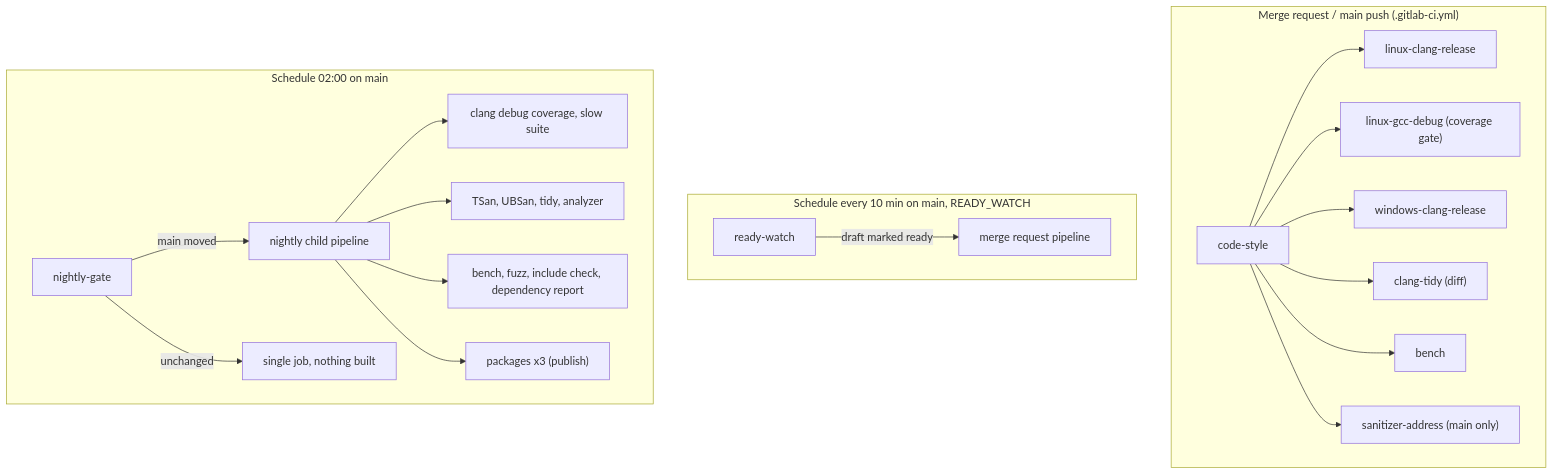
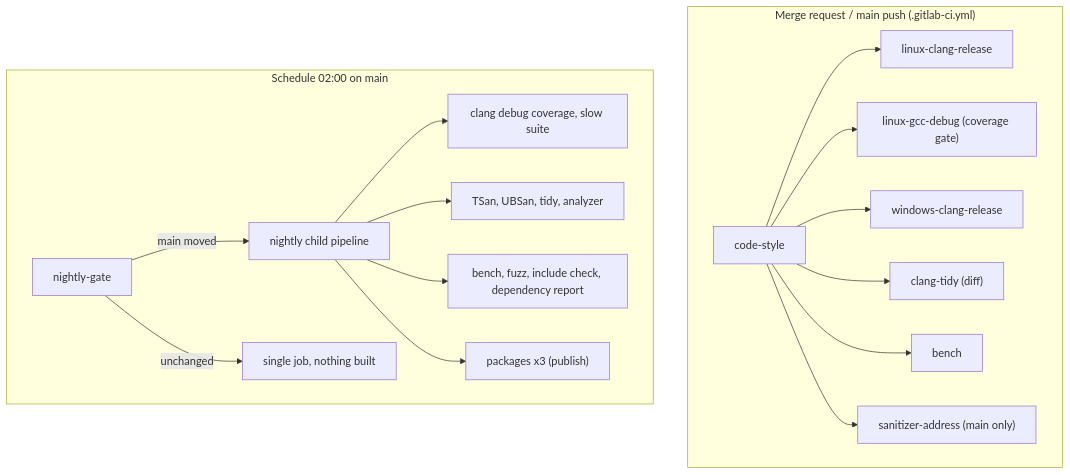
One commit to Silmaen/Owl changed the first of 2 diagrams in doc/pages/continuous_integration.md. Above: the diagram before and after it, drawn with Mermaid. The commit also changed other lines of this file and 8 other files, not shown here.

Commit message:
Remove the ready-watch schedule that hid the status of main

````diff
--- a/doc/pages/continuous_integration.md
+++ b/doc/pages/continuous_integration.md
@@ -33,22 +33,19 @@
 ```mermaid
 flowchart TD
     subgraph MR["Merge request / main push (.gitlab-ci.yml)"]
         CS["code-style"] --> LCR["linux-clang-release"]
         CS --> GCC["linux-gcc-debug (coverage gate)"]
         CS --> WIN["windows-clang-release"]
         CS --> TIDY["clang-tidy (diff)"]
         CS --> BENCH["bench"]
         CS --> ASAN["sanitizer-address (main only)"]
     end
-    subgraph WATCH["Schedule every 10 min on main, READY_WATCH"]
-        RW["ready-watch"] -->|"draft marked ready"| MRP["merge request pipeline"]
-    end
     subgraph NIGHT["Schedule 02:00 on main"]
         GATE["nightly-gate"] -->|"main moved"| CHILD["nightly child pipeline"]
         GATE -->|"unchanged"| SKIP["single job, nothing built"]
         CHILD --> N1["clang debug coverage, slow suite"]
         CHILD --> N2["TSan, UBSan, tidy, analyzer"]
         CHILD --> N3["bench, fuzz, include check, dependency report"]
         CHILD --> N4["packages x3 (publish)"]
     end
 ```
````
